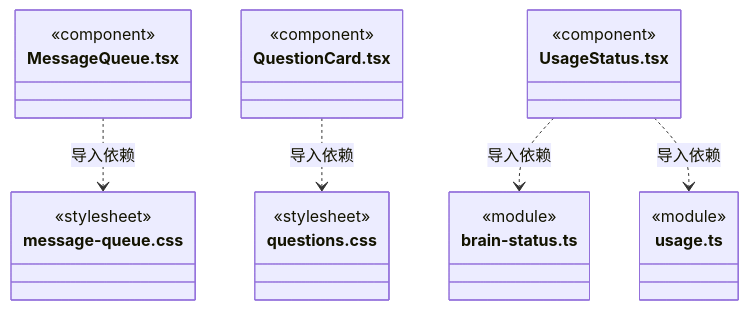
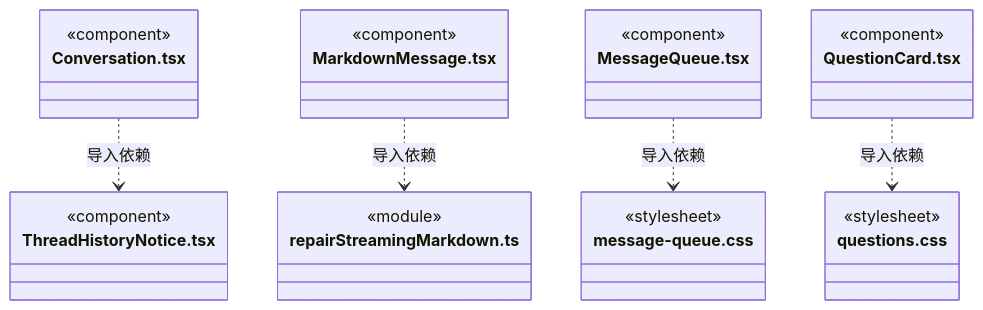
One commit to nan023062/cbim changed diagram 44 of 47 in src/frontend/conversation/ARCHITECTURE.md. Above: the diagram before and after it, drawn with Mermaid. The commit also changed other lines of this file and 68 other files, not shown here.

````diff
--- a/src/frontend/conversation/ARCHITECTURE.md
+++ b/src/frontend/conversation/ARCHITECTURE.md
@@ -602,28 +691,31 @@
 ```mermaid
 classDiagram
+class N_src_frontend_conversation_Conversation_tsx["Conversation.tsx"] {
+  <<component>>
+}
+class N_src_frontend_conversation_ThreadHistoryNotice_tsx["ThreadHistoryNotice.tsx"] {
+  <<component>>
+}
+class N_src_frontend_conversation_MarkdownMessage_tsx["MarkdownMessage.tsx"] {
+  <<component>>
+}
+class N_src_frontend_conversation_repairStreamingMarkdown_ts["repairStreamingMarkdown.ts"] {
+  <<module>>
+}
 class N_src_frontend_conversation_MessageQueue_tsx["MessageQueue.tsx"] {
   <<component>>
 }
 class N_src_frontend_conversation_message_queue_css["message-queue.css"] {
   <<stylesheet>>
 }
 class N_src_frontend_conversation_QuestionCard_tsx["QuestionCard.tsx"] {
   <<component>>
 }
 class N_src_frontend_conversation_questions_css["questions.css"] {
   <<stylesheet>>
 }
-class N_src_frontend_conversation_UsageStatus_tsx["UsageStatus.tsx"] {
-  <<component>>
-}
-class N_src_frontend_conversation_brain_status_ts["brain-status.ts"] {
-  <<module>>
-}
-class N_src_frontend_conversation_usage_ts["usage.ts"] {
-  <<module>>
-}
+N_src_frontend_conversation_Conversation_tsx ..> N_src_frontend_conversation_ThreadHistoryNotice_tsx : 导入依赖
+N_src_frontend_conversation_MarkdownMessage_tsx ..> N_src_frontend_conversation_repairStreamingMarkdown_ts : 导入依赖
 N_src_frontend_conversation_MessageQueue_tsx ..> N_src_frontend_conversation_message_queue_css : 导入依赖
 N_src_frontend_conversation_QuestionCard_tsx ..> N_src_frontend_conversation_questions_css : 导入依赖
-N_src_frontend_conversation_UsageStatus_tsx ..> N_src_frontend_conversation_brain_status_ts : 导入依赖
-N_src_frontend_conversation_UsageStatus_tsx ..> N_src_frontend_conversation_usage_ts : 导入依赖
 ```
````
